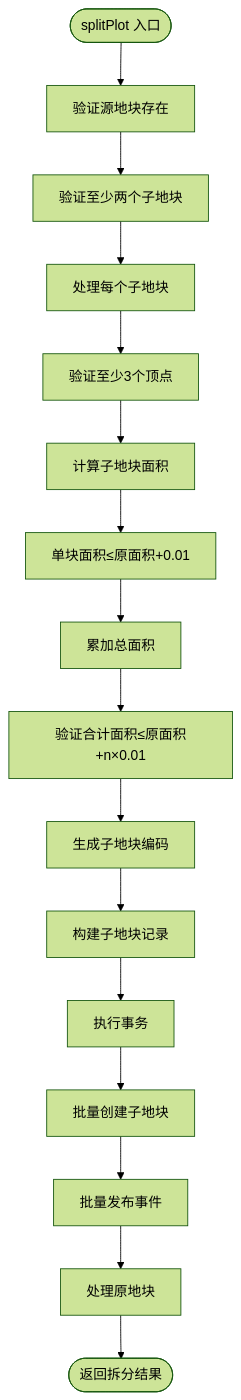
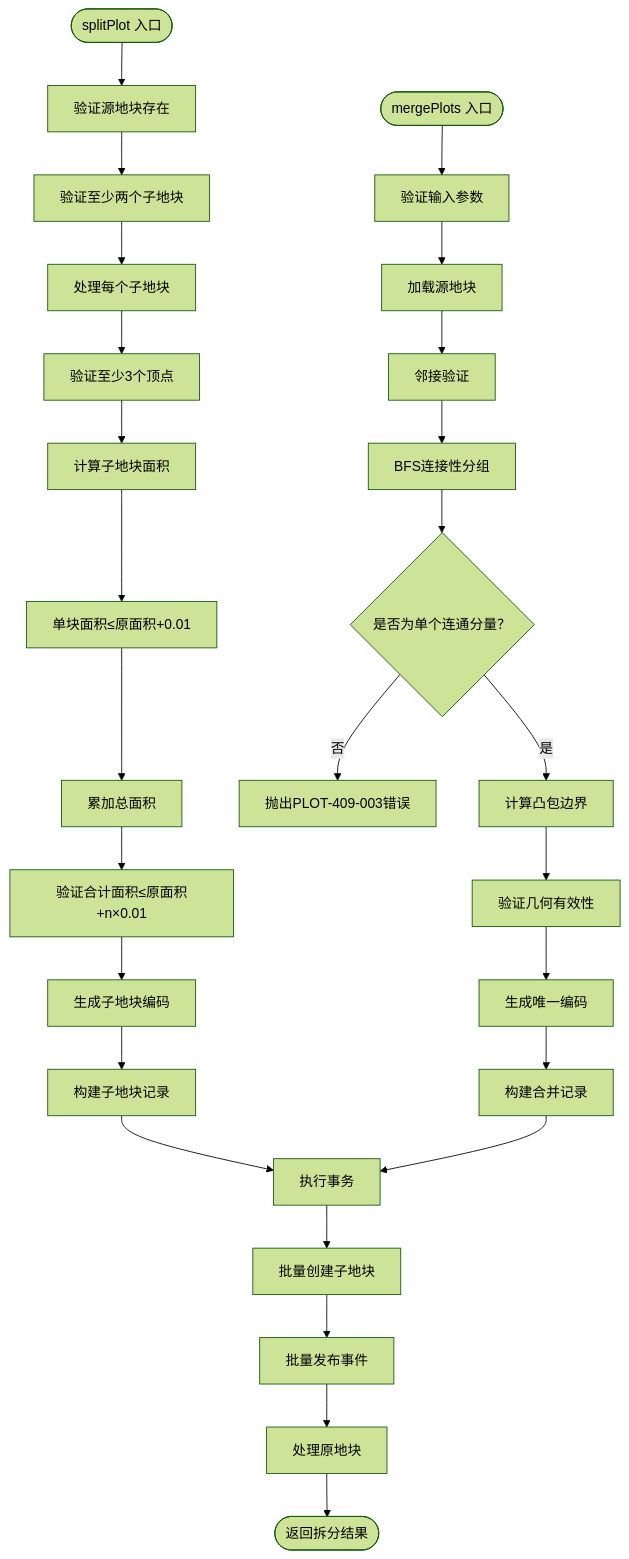
The third of 15 diagrams in .qoder/repowiki/zh/content/核心服务文档/地块管理服务.md (q446328246/agri-platform), drawn with Mermaid (forest theme) before and after one commit. The commit also changed other lines of this file and 35 other files, not shown here.

````diff
--- a/.qoder/repowiki/zh/content/核心服务文档/地块管理服务.md
+++ b/.qoder/repowiki/zh/content/核心服务文档/地块管理服务.md
@@ -280,18 +300,29 @@
 ```mermaid
 flowchart TD
 Start(["splitPlot 入口"]) --> ValidateSource["验证源地块存在"]
 ValidateSource --> ValidatePieces["验证至少两个子地块"]
 ValidatePieces --> ProcessEachPiece["处理每个子地块"]
 ProcessEachPiece --> CheckVertices["验证至少3个顶点"]
 CheckVertices --> CalcArea["计算子地块面积"]
 CalcArea --> CheckSingleArea["单块面积≤原面积+0.01"]
 CheckSingleArea --> AccumulateTotal["累加总面积"]
 AccumulateTotal --> CheckOverlap["验证合计面积≤原面积+n×0.01"]
 CheckOverlap --> GenCodes["生成子地块编码"]
 GenCodes --> BuildRecords["构建子地块记录"]
 BuildRecords --> ExecuteTransaction["执行事务"]
 ExecuteTransaction --> CreatePieces["批量创建子地块"]
 CreatePieces --> PublishEvents["批量发布事件"]
 PublishEvents --> HandleSource["处理原地块"]
 HandleSource --> Return(["返回拆分结果"])
+MergeStart(["mergePlots 入口"]) --> ValidateInputs["验证输入参数"]
+ValidateInputs --> LoadSources["加载源地块"]
+LoadSources --> AdjacencyCheck["邻接验证"]
+AdjacencyCheck --> BFSGrouping["BFS连接性分组"]
+BFSGrouping --> SingleComponent{"是否为单个连通分量？"}
+SingleComponent --> |否| ThrowError["抛出PLOT-409-003错误"]
+SingleComponent --> |是| CalcConvexHull["计算凸包边界"]
+CalcConvexHull --> ValidateGeometry["验证几何有效性"]
+ValidateGeometry --> GenerateCode["生成唯一编码"]
+GenerateCode --> BuildRecord["构建合并记录"]
+BuildRecord --> ExecuteTransaction
 ```
````
